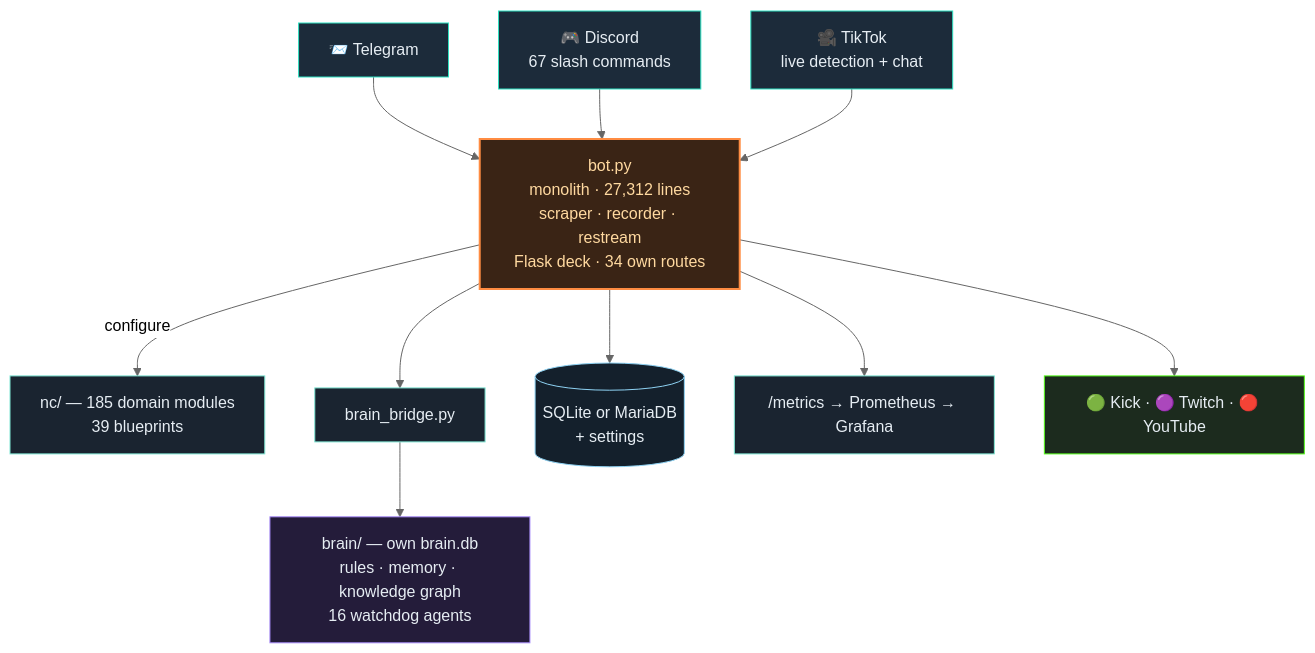
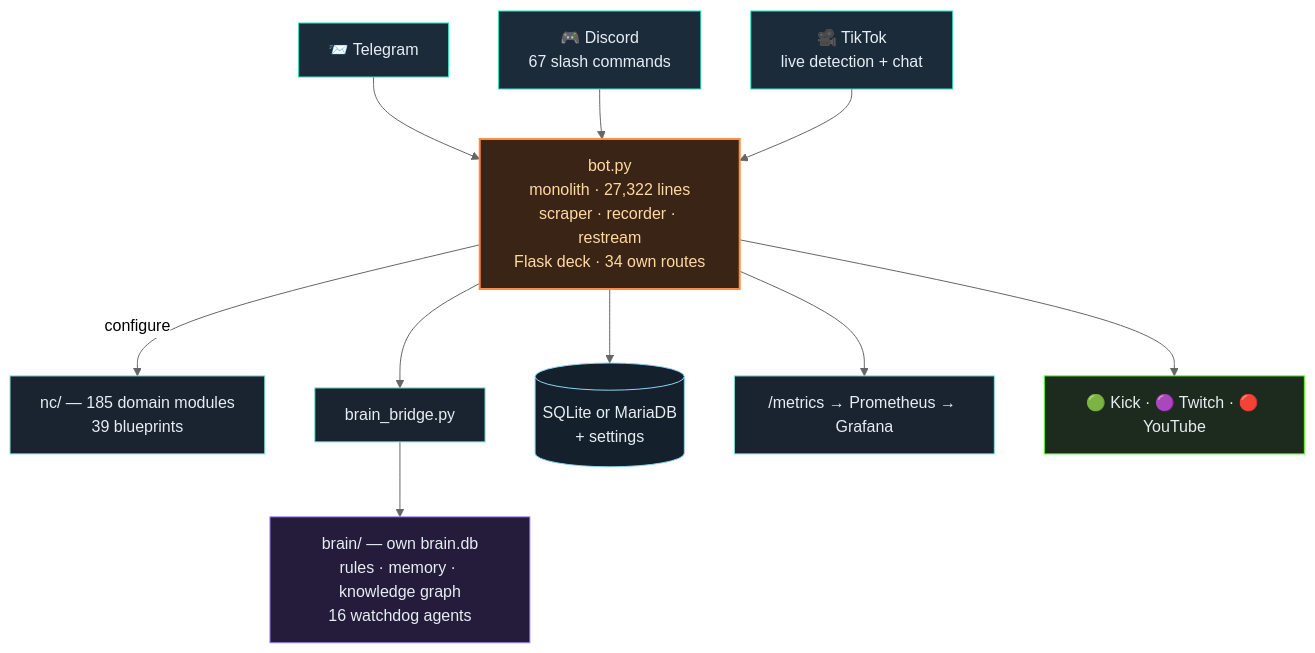
One commit to itsamemedev/Telegram-Stream-Info-Bot changed the second of 3 diagrams in README.en.md. Above: the diagram before and after it, drawn with Mermaid (neutral theme). The commit also changed other lines of this file and 14 other files, not shown here.

````diff
--- a/README.en.md
+++ b/README.en.md
@@ -119,19 +119,19 @@
 ```mermaid
 flowchart TB
     TG["📨 Telegram"]:::ein --> BOT
     DC["🎮 Discord<br/>67 slash commands"]:::ein --> BOT
     TT["🎥 TikTok<br/>live detection + chat"]:::ein --> BOT
-    BOT["bot.py<br/>monolith · 27,312 lines<br/>scraper · recorder · restream<br/>Flask deck · 34 own routes"]:::core
+    BOT["bot.py<br/>monolith · 27,322 lines<br/>scraper · recorder · restream<br/>Flask deck · 34 own routes"]:::core
     BOT -->|configure| NC["nc/ — 185 domain modules<br/>39 blueprints"]:::lib
     BOT --> BR["brain_bridge.py"]:::lib
     BR --> BRAIN["brain/ — own brain.db<br/>rules · memory · knowledge graph<br/>16 watchdog agents"]:::brain
     BOT --> DB[("SQLite or MariaDB<br/>+ settings")]:::db
     BOT --> PROM["/metrics → Prometheus → Grafana"]:::lib
     BOT --> OUT["🟢 Kick · 🟣 Twitch · 🔴 YouTube"]:::out
     classDef ein fill:#1c2b3a,stroke:#2de1c2,color:#e6edf3
     classDef core fill:#3a2415,stroke:#ff8c42,stroke-width:2px,color:#ffd9a0
     classDef lib fill:#1a2430,stroke:#7fe7d4,color:#e6edf3
     classDef brain fill:#241c3a,stroke:#a78bfa,color:#e6edf3
     classDef db fill:#14202c,stroke:#8fd3f4,color:#e6edf3
     classDef out fill:#1c2b1e,stroke:#53fc18,color:#e6edf3
 ```
````
